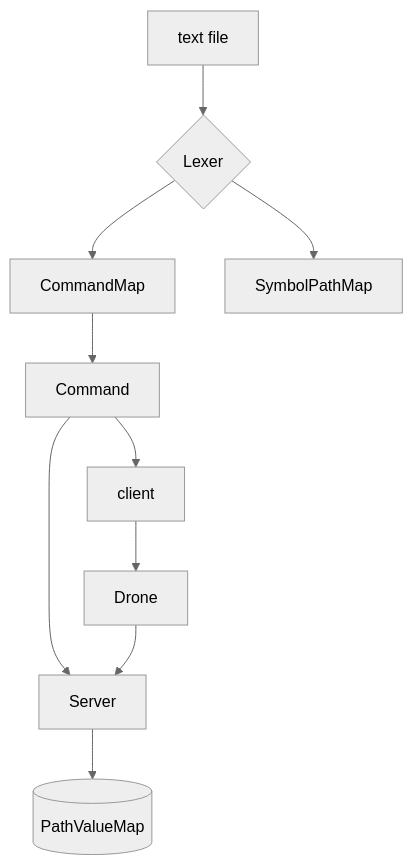
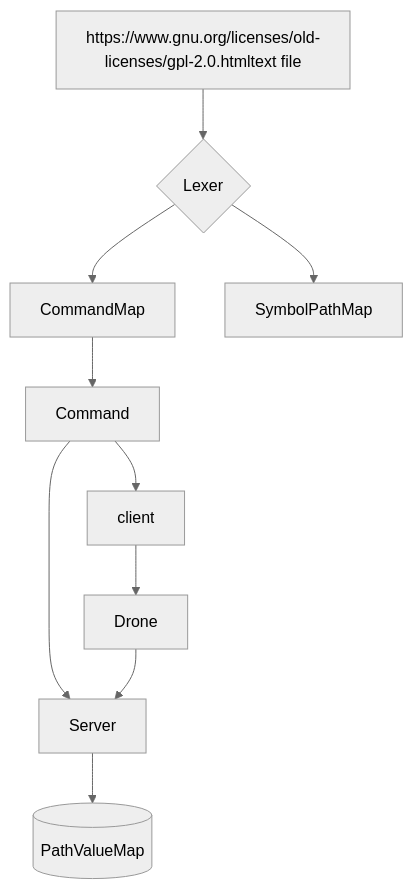
The diagram in README.md (RosenbergYehuda/FlightGear-GCS-Interpreter), drawn with Mermaid (neutral theme) before and after one commit. The commit also changed other lines of this file, not shown here.

````diff
--- a/README.md
+++ b/README.md
@@ -117,14 +117,14 @@
 ``` mermaid
 
 graph TD;
-    A[text file] --> B{Lexer};
+    A[https://www.gnu.org/licenses/old-licenses/gpl-2.0.htmltext file] --> B{Lexer};
     B --> C[CommandMap];
     B --> D[SymbolPathMap];
     C --> E[Command];
     E --> F[client];
     E --> G[Server];
     H[Drone] --> G;
     G --> I[(PathValueMap)];
     F --> H;
     
  ```
````
